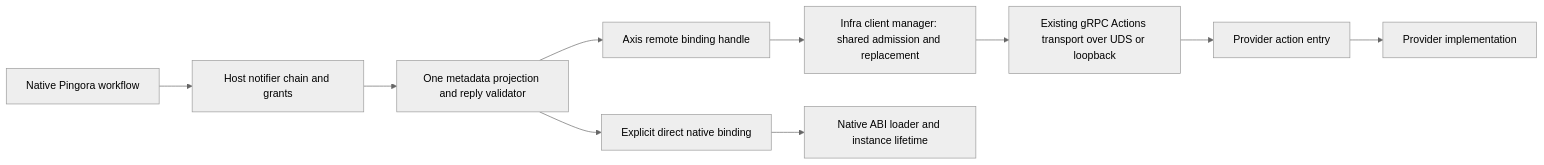
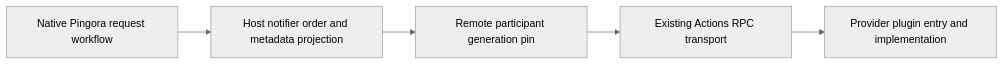
The second of 2 diagrams in docs/remote-axis-bindings.md (wignerStan/remote-storage-gateway), drawn with Mermaid (neutral theme) before and after one commit. The commit also changed other lines of this file and 11 other files, not shown here.

Commit message:
refactor(worker): own remote plugins behind dedicated axis ingress

````diff
--- a/docs/remote-axis-bindings.md
+++ b/docs/remote-axis-bindings.md
@@ -13,12 +27,7 @@
 ```mermaid
 flowchart LR
-    P[Native Pingora workflow] --> N[Host notifier chain and grants]
-    N --> M[One metadata projection and reply validator]
-    M --> D[Explicit direct native binding]
-    M --> R[Axis remote binding handle]
-    R --> A[Infra client manager: shared admission and replacement]
-    A --> T[Existing gRPC Actions transport over UDS or loopback]
-    T --> E[Provider action entry]
-    E --> I[Provider implementation]
-    D --> L[Native ABI loader and instance lifetime]
+    P[Native Pingora request workflow] --> N[Host notifier order and metadata projection]
+    N --> G[Remote participant generation pin]
+    G --> T[Existing Actions RPC transport]
+    T --> E[Provider plugin entry and implementation]
 ```
````
